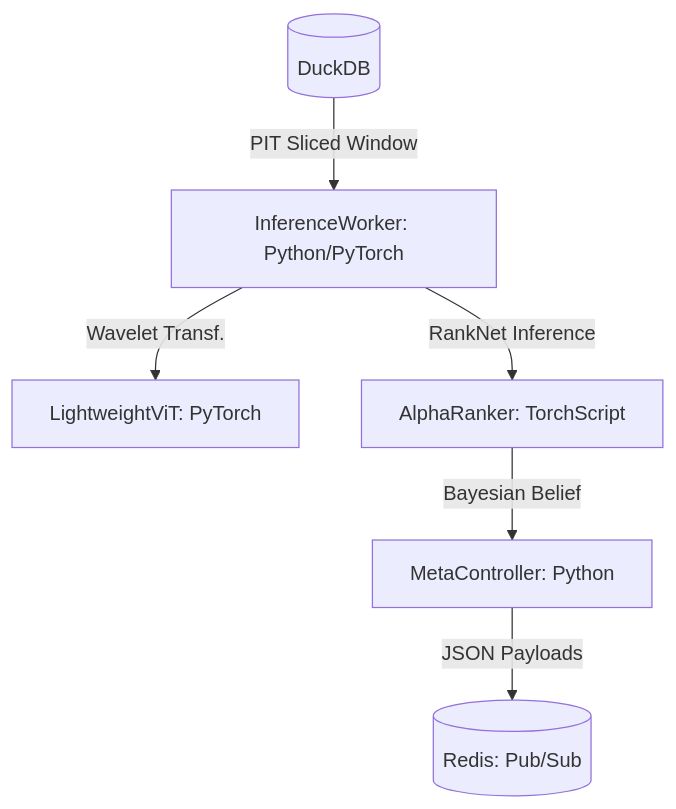
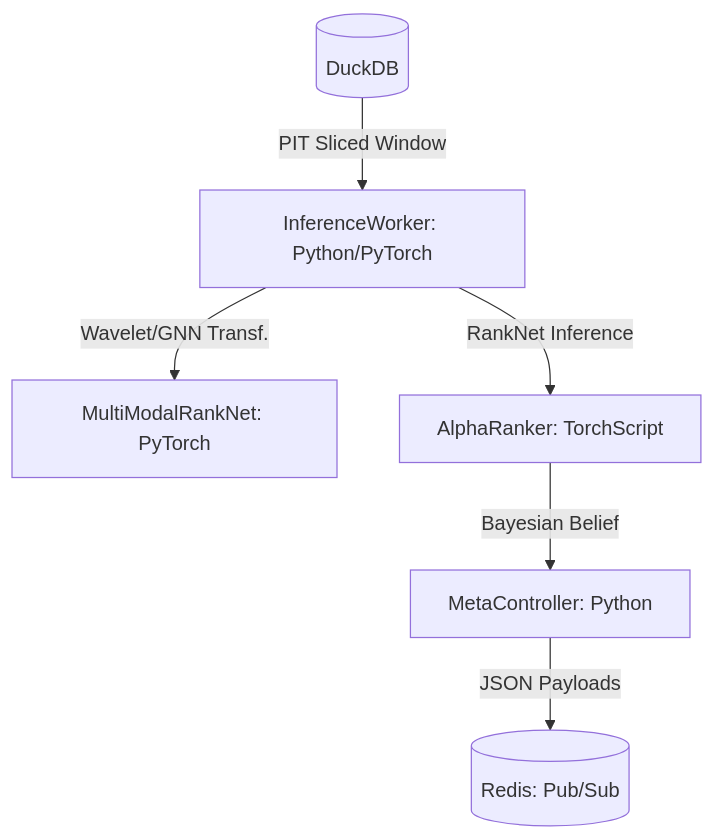
The second of 3 diagrams in README.md (abhishek-jana/QTS2026), drawn with Mermaid before and after one commit. The commit also changed other lines of this file and 3 other files, not shown here.

````diff
--- a/README.md
+++ b/README.md
@@ -18,8 +18,8 @@
 ```mermaid
 graph TD
     A[(DuckDB)] -- "PIT Sliced Window" --> B[InferenceWorker: Python/PyTorch]
-    B -- Wavelet Transf. --> C[LightweightViT: PyTorch]
+    B -- Wavelet/GNN Transf. --> C[MultiModalRankNet: PyTorch]
     B -- RankNet Inference --> D[AlphaRanker: TorchScript]
     D -- Bayesian Belief --> E[MetaController: Python]
     E -- JSON Payloads --> F[(Redis: Pub/Sub)]
 ```
````
